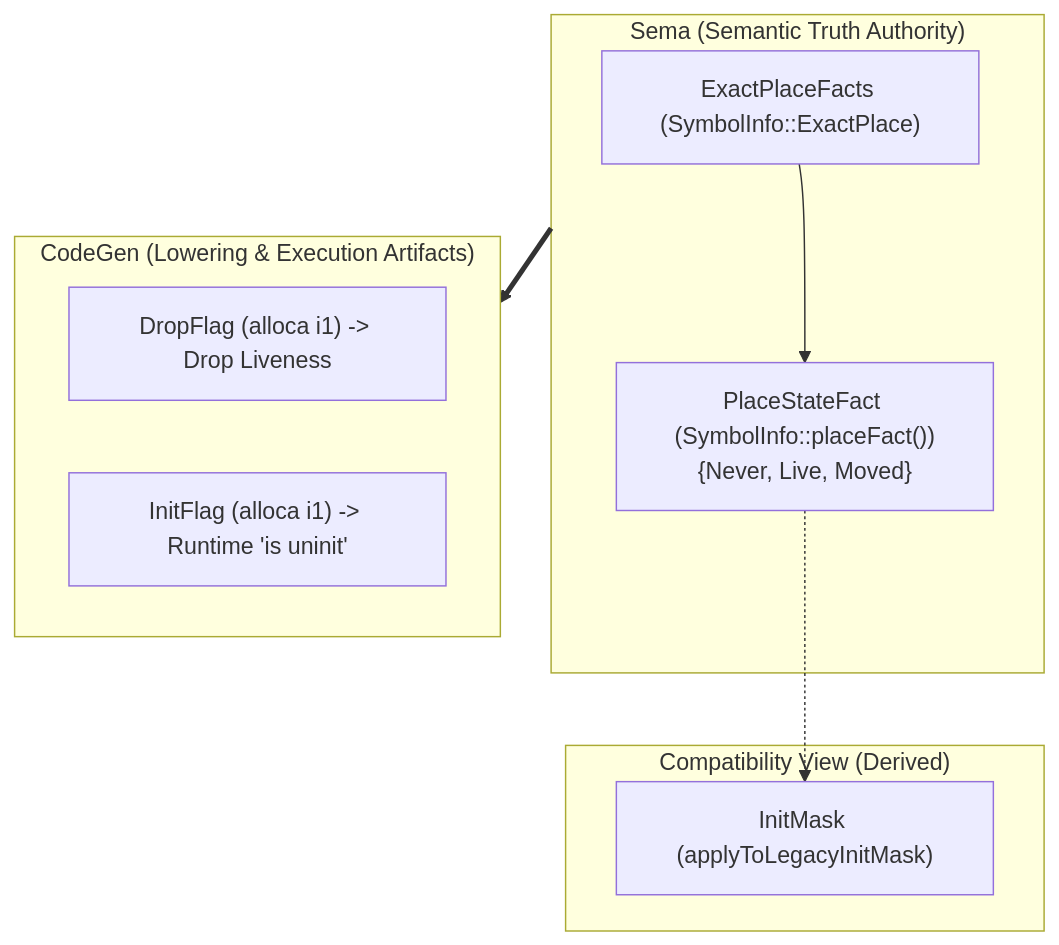
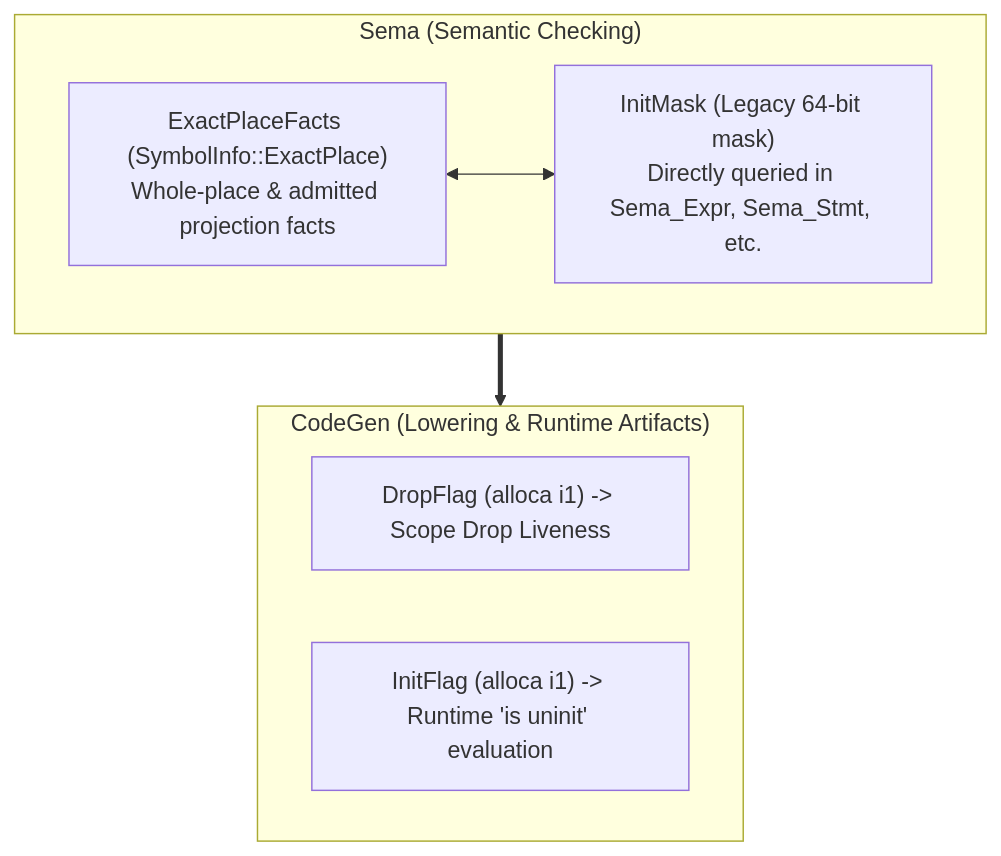
One commit to tokalang/toka changed the diagram in docs/semantic_core/init_completeness_audit.md. Above: the diagram before and after it, drawn with Mermaid. The commit also changed other lines of this file, not shown here.

Commit message:
docs(semantic): refine Init completeness audit to preliminary baseline

````diff
--- a/docs/semantic_core/init_completeness_audit.md
+++ b/docs/semantic_core/init_completeness_audit.md
@@ -58,20 +58,15 @@
 ```mermaid
 flowchart TD
-    subgraph Sema ["Sema (Semantic Truth Authority)"]
-        EP["ExactPlaceFacts (SymbolInfo::ExactPlace)"]
-        PS["PlaceStateFact (SymbolInfo::placeFact())<br/>{Never, Live, Moved}"]
-        EP --> PS
+    subgraph Sema ["Sema (Semantic Checking)"]
+        EP["ExactPlaceFacts (SymbolInfo::ExactPlace)<br/>Whole-place & admitted projection facts"]
+        IM["InitMask (Legacy 64-bit mask)<br/>Directly queried in Sema_Expr, Sema_Stmt, etc."]
+        EP <--> IM
     end
 
-    subgraph LegacyBridge ["Compatibility View (Derived)"]
-        IM["InitMask (applyToLegacyInitMask)"]
-        PS -.-> IM
-    end
-
-    subgraph CodeGen ["CodeGen (Lowering & Execution Artifacts)"]
-        DF["DropFlag (alloca i1) -> Drop Liveness"]
-        IF["InitFlag (alloca i1) -> Runtime 'is uninit'"]
+    subgraph CodeGen ["CodeGen (Lowering & Runtime Artifacts)"]
+        DF["DropFlag (alloca i1) -> Scope Drop Liveness"]
+        IF["InitFlag (alloca i1) -> Runtime 'is uninit' evaluation"]
     end
 
     Sema ==> CodeGen
 ```
````
